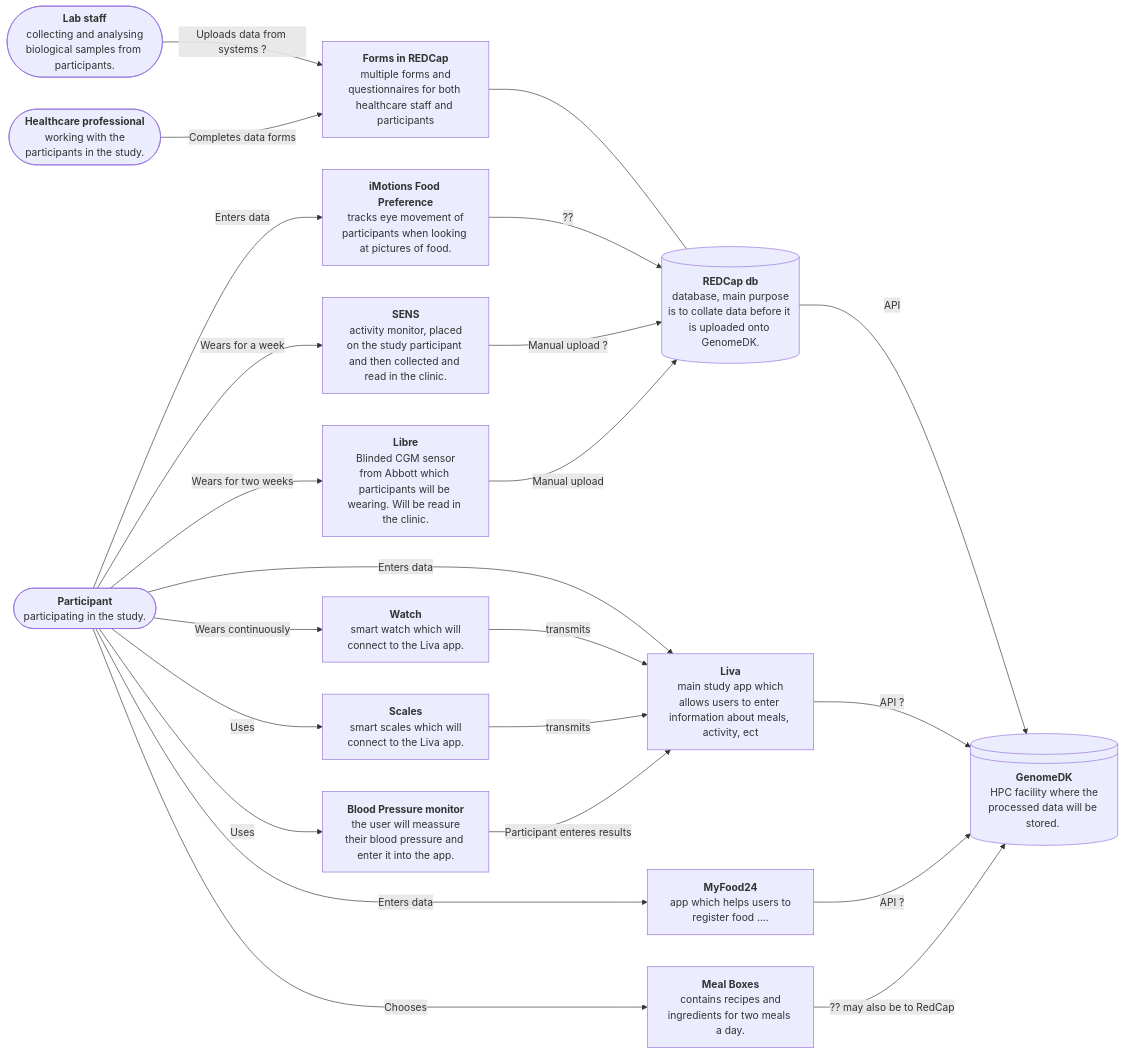
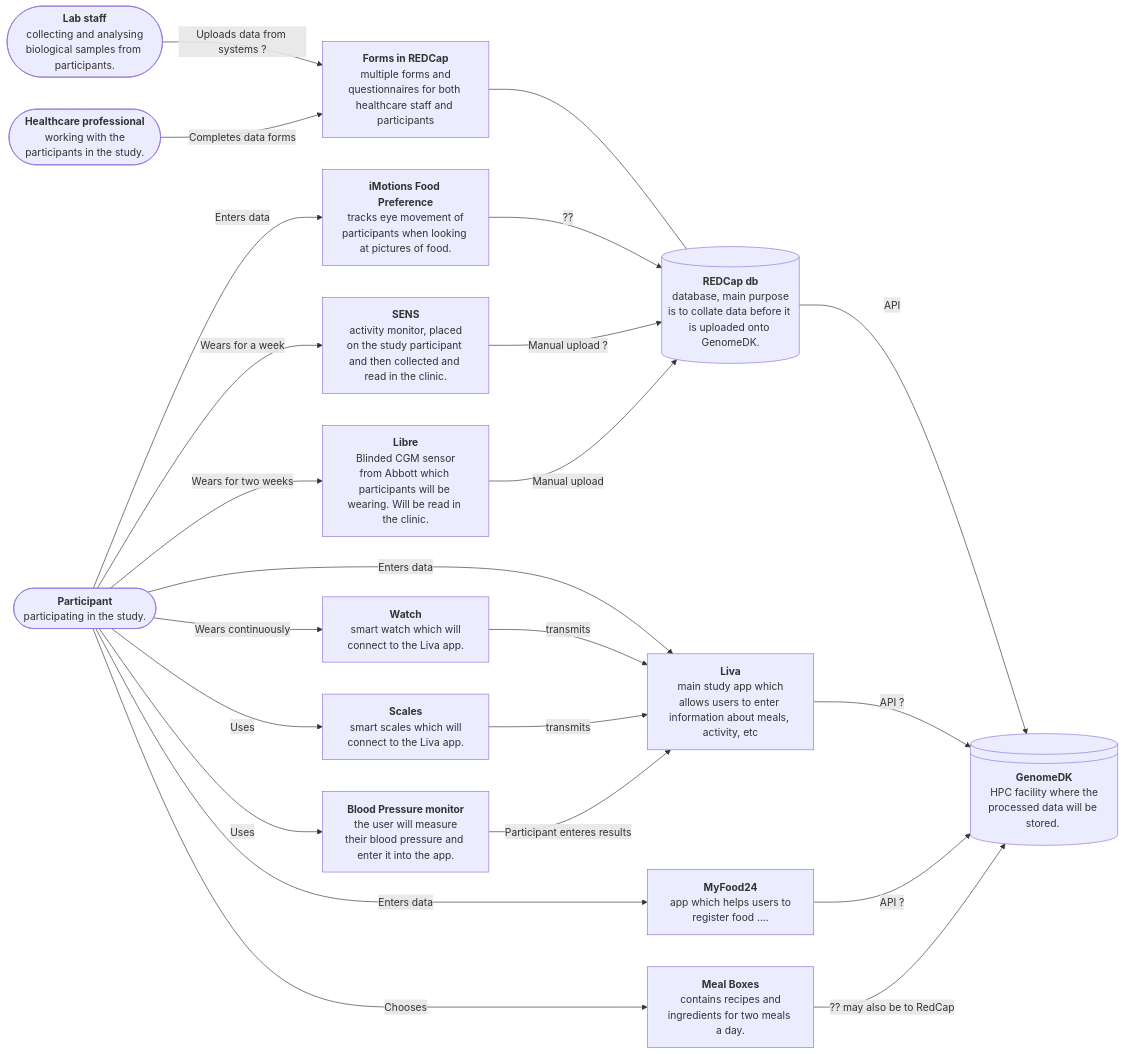
Before and after one commit to onlimit-study/dmp: the diagram in documents/data-flow.qmd, drawn with Mermaid.

Commit message:
fix: :pencil2: typos found from `typos` check

````diff
--- a/documents/data-flow.qmd
+++ b/documents/data-flow.qmd
@@ -12,49 +12,49 @@
 ```{mermaid}
 %%| label: fig-c4-context
 %%| fig-cap: "Data flow in the ON LiMiT study, who generates data, where is does it enter, and how is it transmitted to storage."
 flowchart LR
 
 Lab@{shape: stadium, label: "<b>Lab staff</b><br> collecting and analysing biological samples from participants."}
 HP@{shape: stadium, label: "<b>Healthcare professional</b><br> working with the participants in the study."}
 Pt@{shape: stadium, label: "<b>Participant</b><br> participating in the study."}
 Red@{shape: cyl, label: "<b>REDCap db</b><br> database, main purpose is to collate data before it is uploaded onto GenomeDK."}
 Genome@{shape: lin-cyl, label: "<b>GenomeDK</b><br> HPC facility where the processed data will be stored. "}
 
 Forms@{shape: proc, label: "<b>Forms in REDCap</b><br> multiple forms and questionnaires for both healthcare staff and participants"}
-Mons@{shape: proc, label: "<b>Liva</b><br> main study app which allows users to enter information about meals, activity, ect"}
+Mons@{shape: proc, label: "<b>Liva</b><br> main study app which allows users to enter information about meals, activity, etc"}
 MyF@{shape: proc, label: "<b>MyFood24</b><br> app which helps users to register food ...."}
 iMo@{shape: proc, label: "<b>iMotions Food Preference</b><br> tracks eye movement of participants when looking at pictures of food."}
 Sen@{shape: proc, label: "<b>SENS</b><br> activity monitor, placed on the study participant and then collected and read in the clinic."}
 Lib@{shape: proc, label: "<b>Libre</b><br> Blinded CGM sensor from Abbott which participants will be wearing. Will be read in the clinic."}
 Watch@{shape: proc, label: "<b>Watch</b><br> smart watch which will connect to the Liva app."}
 Scales@{shape: proc, label: "<b>Scales</b><br> smart scales which will connect to the Liva app."}
-BP@{shape: proc, label: "<b>Blood Pressure monitor</b><br> the user will meassure their blood pressure and enter it into the app."}
+BP@{shape: proc, label: "<b>Blood Pressure monitor</b><br> the user will measure their blood pressure and enter it into the app."}
 MBox@{shape: proc, label: "<b>Meal Boxes</b><br> contains recipes and ingredients for two meals a day."}
 
 %%ID@{shape: proc, label: "<b>NAME</b><br> description ...."}
 
 Lab -->|Uploads data from systems ?| Forms
 HP --> |Completes data forms| Forms
 Forms --- Red
 Red -->|API| Genome
 
 Pt -->|Enters data| Mons
 Pt -->|Enters data| MyF
 Pt -->|Enters data| iMo
 Pt -->|Wears for a week| Sen
 Pt -->|Wears for two weeks| Lib
 Pt -->|Wears continuously| Watch
 Pt --> |Uses| Scales
 Pt --> |Uses|BP
 Pt --> |Chooses| MBox
 
 iMo --> |??| Red
 Sen -->|Manual upload ?| Red
 Lib -->|Manual upload| Red
 Watch -->|transmits| Mons
 Scales -->|transmits| Mons
 BP -->|Participant enteres results| Mons
 Mons --> |API ?| Genome
 MyF --> |API ?| Genome
 MBox --> |?? may also be to RedCap| Genome
 ```
````
